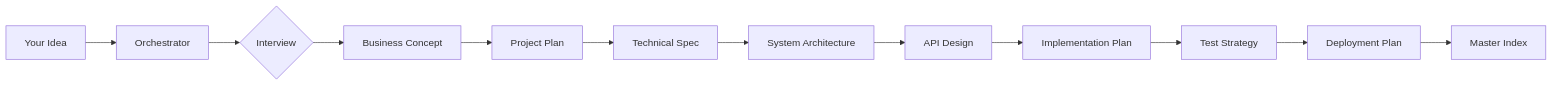
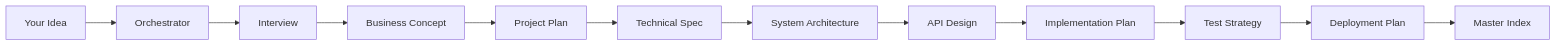
Before and after one commit to fattain-naime/engineering-docs: the diagram in README.md, drawn with Mermaid.

Commit message:
Fix Mermaid diagram syntax for Interview node

````diff
--- a/README.md
+++ b/README.md
@@ -68,14 +68,14 @@
 ```mermaid
 graph LR
     A[Your Idea] --> B[Orchestrator]
-    B --> C{Interview}
+    B --> C[Interview]
     C --> D[Business Concept]
     D --> E[Project Plan]
     E --> F[Technical Spec]
     F --> G[System Architecture]
     G --> H[API Design]
     H --> I[Implementation Plan]
     I --> J[Test Strategy]
     J --> K[Deployment Plan]
     K --> L[Master Index]
 ```
````
